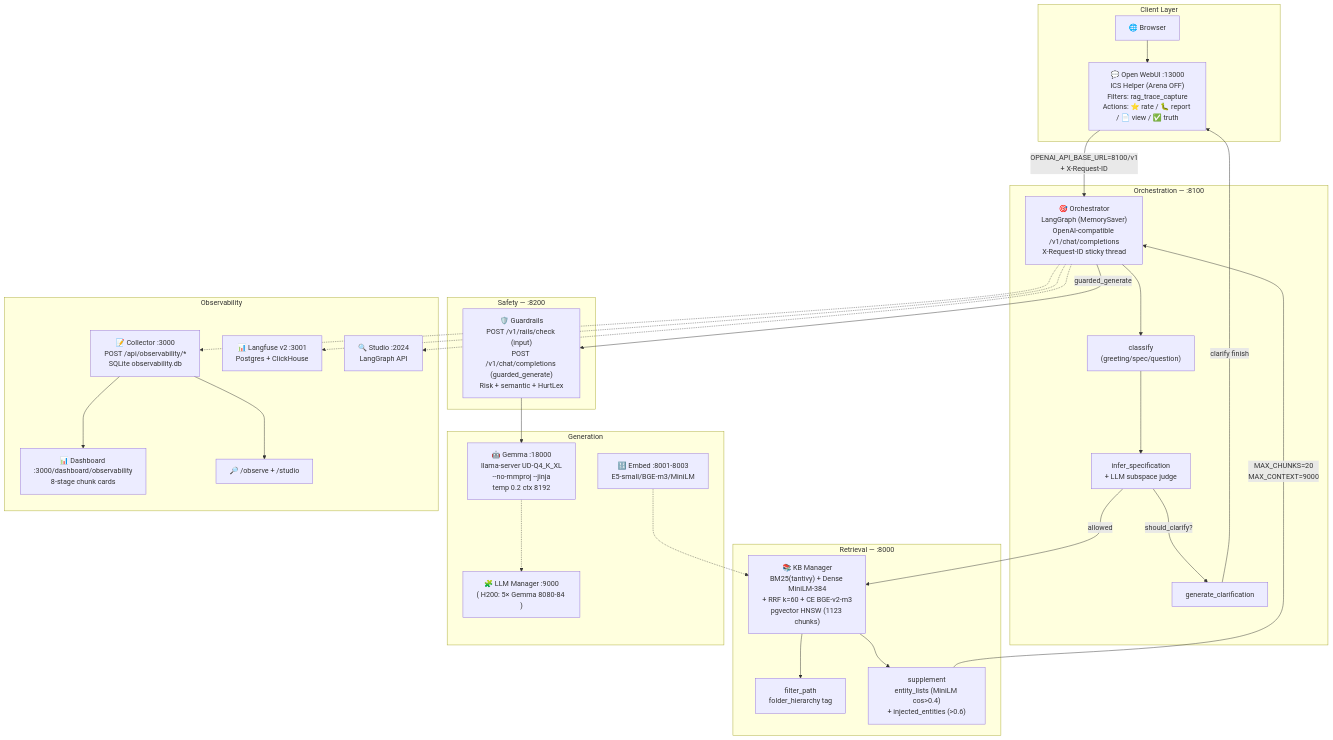
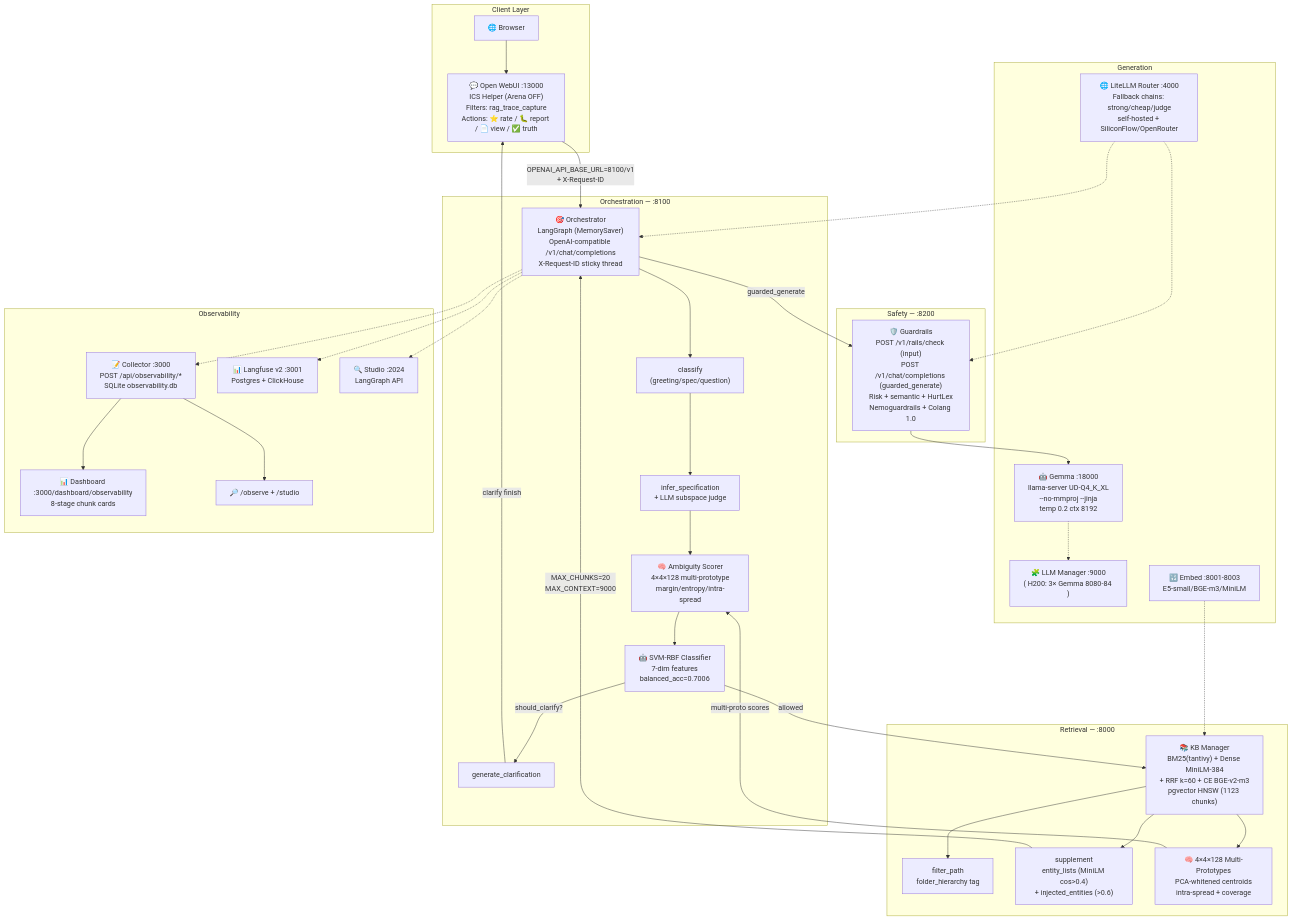
Before and after one commit to AliNikkhah2001/Work_Credit-RAG_Phase1: the first of 5 diagrams in README.md, drawn with Mermaid. The commit also changed other lines of this file, not shown here.

Commit message:
docs: update architecture diagrams + add LiteLLM router section with fallback chains

````diff
--- a/README.md
+++ b/README.md
@@ -211,58 +211,68 @@
 ```mermaid
 flowchart TB
     subgraph Client["Client Layer"]
         Browser["🌐 Browser"]
         WebUI["💬 Open WebUI :13000\nICS Helper (Arena OFF)\nFilters: rag_trace_capture\nActions: ⭐ rate / 🐛 report / 📄 view / ✅ truth"]
     end
 
     subgraph Orchestration["Orchestration — :8100"]
         Orch["🎯 Orchestrator\nLangGraph (MemorySaver)\nOpenAI-compatible /v1/chat/completions\nX-Request-ID sticky thread"]
         Classify["classify\n(greeting/spec/question)"]
         InferSpec["infer_specification\n+ LLM subspace judge"]
+        Ambiguity["🧠 Ambiguity Scorer\n4×4×128 multi-prototype\nmargin/entropy/intra-spread"]
         Clarify["generate_clarification"]
+        SVM["🤖 SVM-RBF Classifier\n7-dim features\nbalanced_acc=0.7006"]
     end
 
     subgraph Retrieval["Retrieval — :8000"]
         KB["📚 KB Manager\nBM25(tantivy) + Dense MiniLM-384\n+ RRF k=60 + CE BGE-v2-m3\npgvector HNSW (1123 chunks)"]
         Filter["filter_path\nfolder_hierarchy tag"]
         Suppl["supplement\nentity_lists (MiniLM cos>0.4)\n+ injected_entities (>0.6)"]
+        Proto["🧠 4×4×128 Multi-Prototypes\nPCA-whitened centroids\nintra-spread + coverage"]
     end
 
     subgraph Safety["Safety — :8200"]
-        GR["🛡️ Guardrails\nPOST /v1/rails/check (input)\nPOST /v1/chat/completions (guarded_generate)\nRisk + semantic + HurtLex"]
+        GR["🛡️ Guardrails\nPOST /v1/rails/check (input)\nPOST /v1/chat/completions (guarded_generate)\nRisk + semantic + HurtLex\nNemoguardrails + Colang 1.0"]
     end
 
     subgraph Generation["Generation"]
         Gemma["🤖 Gemma :18000\nllama-server UD-Q4_K_XL\n--no-mmproj --jinja\ntemp 0.2 ctx 8192"]
-        Manager["🧩 LLM Manager :9000\n( H200: 5× Gemma 8080-84 )"]
+        Manager["🧩 LLM Manager :9000\n( H200: 3× Gemma 8080-84 )"]
         Embed["🔢 Embed :8001-8003\nE5-small/BGE-m3/MiniLM"]
+        LiteLLM["🌐 LiteLLM Router :4000\nFallback chains: strong/cheap/judge\nself-hosted + SiliconFlow/OpenRouter"]
     end
 
     subgraph Observability["Observability"]
         Collector["📝 Collector :3000\nPOST /api/observability/*\nSQLite observability.db"]
         Dashboard["📊 Dashboard :3000/dashboard/observability\n8-stage chunk cards"]
         LF2["📊 Langfuse v2 :3001\nPostgres + ClickHouse"]
         Studio["🔍 Studio :2024\nLangGraph API"]
         TraceApp["🔎 /observe + /studio"]
     end
 
     Browser --> WebUI
     WebUI -- "OPENAI_API_BASE_URL=8100/v1\n+ X-Request-ID" --> Orch
     Orch --> Classify
     Classify --> InferSpec
-    InferSpec -- "should_clarify?" --> Clarify
+    InferSpec --> Ambiguity
+    Ambiguity --> SVM
+    SVM -- "should_clarify?" --> Clarify
     Clarify -- "clarify finish" --> WebUI
-    InferSpec -- "allowed" --> KB
+    SVM -- "allowed" --> KB
     KB --> Filter
     KB --> Suppl
+    KB --> Proto
     Suppl -- "MAX_CHUNKS=20\nMAX_CONTEXT=9000" --> Orch
+    Proto -- "multi-proto scores" --> Ambiguity
     Orch -- "guarded_generate" --> GR
     GR --> Gemma
     Gemma -.-> Manager
     Embed -.-> KB
     Orch -.-> Collector
     Collector --> Dashboard
     Orch -.-> LF2
     Orch -.-> Studio
     Collector --> TraceApp
+    LiteLLM -.-> Orch
+    LiteLLM -.-> GR
 ```
````
